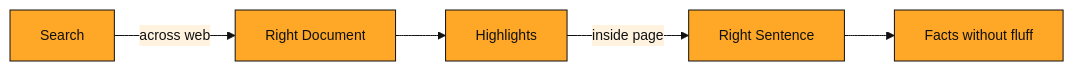
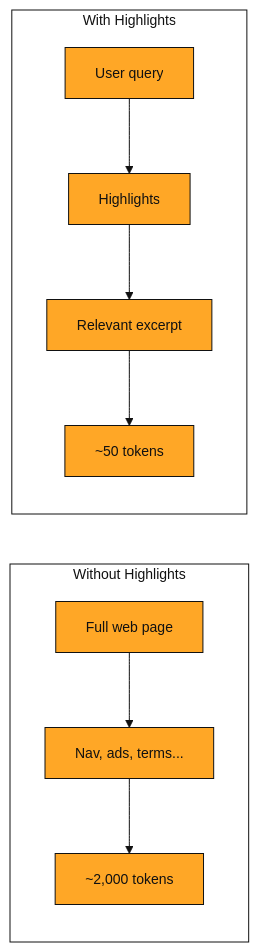
One commit to The-Web3-Compass/Stack-courses changed the diagram in exa-a-beginner-s-guide-to-search-api-beginner/lesson-02.md. Above: the diagram before and after it, drawn with Mermaid. The commit also changed other lines of this file and 58 other files, not shown here.

````diff
--- a/exa-a-beginner-s-guide-to-search-api-beginner/lesson-02.md
+++ b/exa-a-beginner-s-guide-to-search-api-beginner/lesson-02.md
@@ -34,8 +33,15 @@
 ```mermaid
 %%{init: {'theme':'base','themeVariables':{'primaryColor':'#FFA726','primaryTextColor':'#111111','primaryBorderColor':'#111111','lineColor':'#111111','secondaryColor':'#FFF3E0','secondaryTextColor':'#111111','secondaryBorderColor':'#111111','tertiaryColor':'#FFFFFF','tertiaryTextColor':'#111111','tertiaryBorderColor':'#111111','fontFamily':'Inter, ui-sans-serif, system-ui, sans-serif','fontSize':'14px'}}}%%
 flowchart LR
-    Search -->|across web| Doc[Right Document]
-    Doc --> Highlights
-    Highlights -->|inside page| Sentence[Right Sentence]
-    Sentence --> Facts[Facts without fluff]
+  subgraph Without_Highlights["Without Highlights"]
+    direction TB
+    full["Full web page"] --> noise["Nav, ads, terms..."]
+    noise --> cost1["~2,000 tokens"]
+  end
+  subgraph With_Highlights["With Highlights"]
+    direction TB
+    query["User query"] --> highlights["Highlights"]
+    highlights --> excerpt["Relevant excerpt"]
+    excerpt --> cost2["~50 tokens"]
+  end
 ```
````
